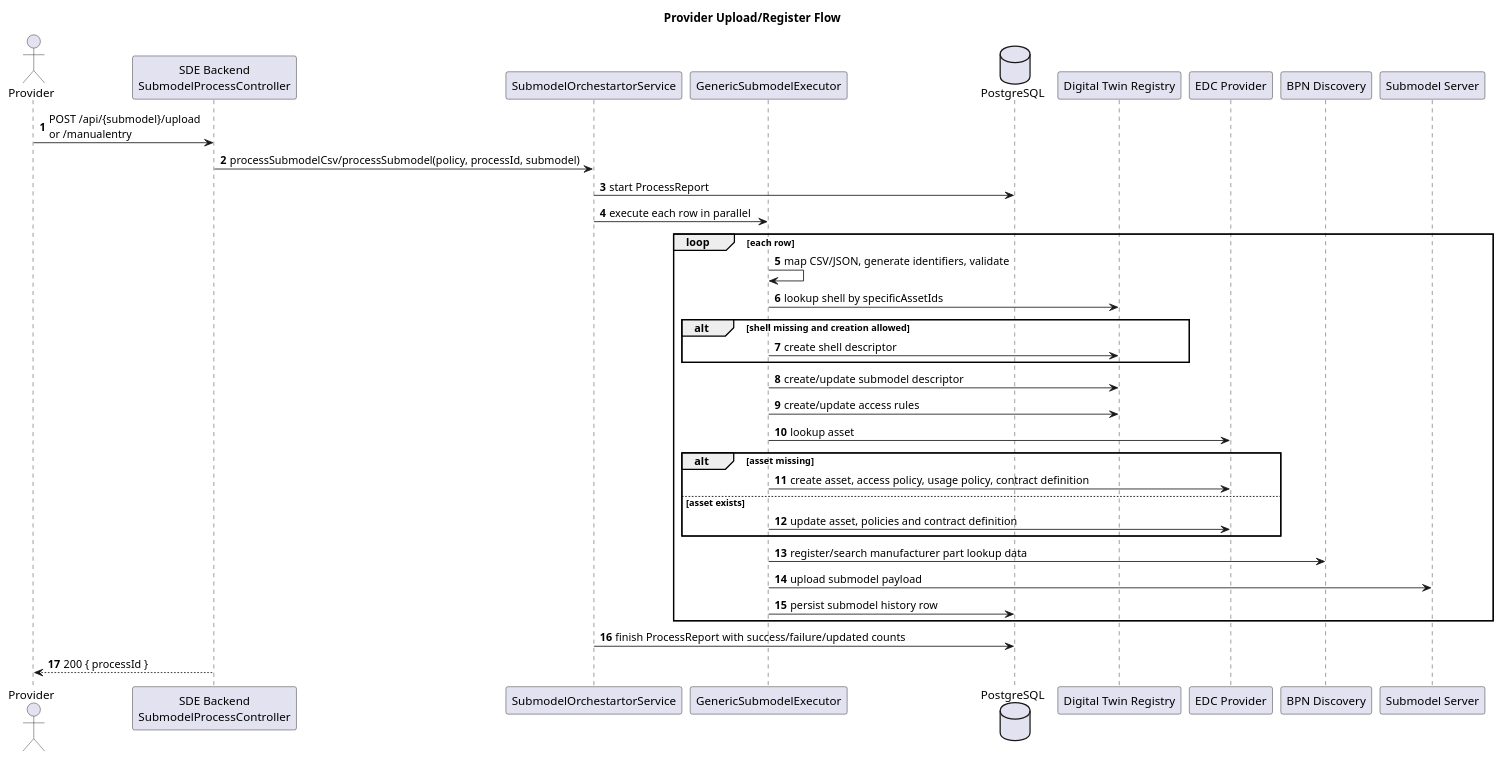
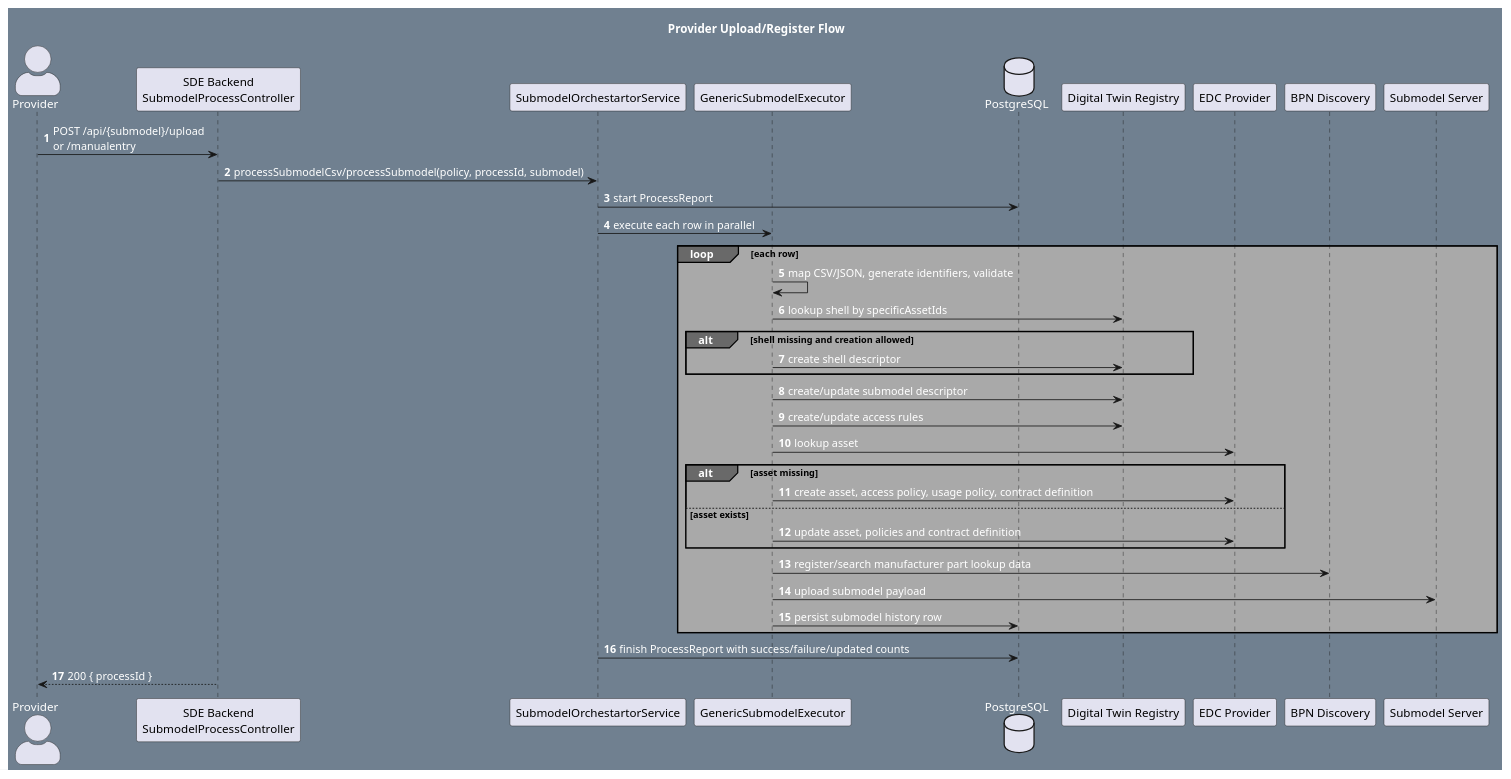
One commit to ARENA2036/managed-simple-data-exchanger-backend changed the diagram in docs/media/diagram/architecture/runtime-flow-provider.puml. Above: the diagram before and after it, drawn with PlantUML. The commit also changed 8 other files, not shown here.

First line of the commit message:
docs: refresh architecture diagram rendering

```diff
--- a/docs/media/diagram/architecture/runtime-flow-provider.puml
+++ b/docs/media/diagram/architecture/runtime-flow-provider.puml
@@ -1,41 +1,51 @@
 @startuml
+<style>
+root {
+  FontColor #?black:white
+}
+</style>
+skinparam actorStyle awesome
+skinparam SequenceGroupFontColor black
+skinparam SequenceGroupBodyBackgroundColor DarkGrey
+skinparam SequenceGroupBackgroundColor DimGrey
+skinparam BackgroundColor #SlateGray
 title Provider Upload/Register Flow
 autonumber
 
 actor Provider
 participant "SDE Backend\nSubmodelProcessController" as api
 participant "SubmodelOrchestartorService" as orch
 participant "GenericSubmodelExecutor" as exec
 database "PostgreSQL" as db
 participant "Digital Twin Registry" as dtr
 participant "EDC Provider" as edc
 participant "BPN Discovery" as bpn
 participant "Submodel Server" as sms
 
 Provider -> api: POST /api/{submodel}/upload\nor /manualentry
 api -> orch: processSubmodelCsv/processSubmodel(policy, processId, submodel)
 orch -> db: start ProcessReport
 orch -> exec: execute each row in parallel
 
 loop each row
   exec -> exec: map CSV/JSON, generate identifiers, validate
   exec -> dtr: lookup shell by specificAssetIds
   alt shell missing and creation allowed
     exec -> dtr: create shell descriptor
   end
   exec -> dtr: create/update submodel descriptor
   exec -> dtr: create/update access rules
   exec -> edc: lookup asset
   alt asset missing
     exec -> edc: create asset, access policy, usage policy, contract definition
   else asset exists
     exec -> edc: update asset, policies and contract definition
   end
   exec -> bpn: register/search manufacturer part lookup data
   exec -> sms: upload submodel payload
   exec -> db: persist submodel history row
 end
 
 orch -> db: finish ProcessReport with success/failure/updated counts
 api --> Provider: 200 { processId }
 @enduml
```
